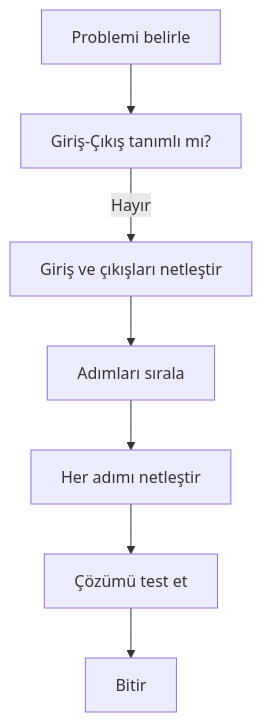
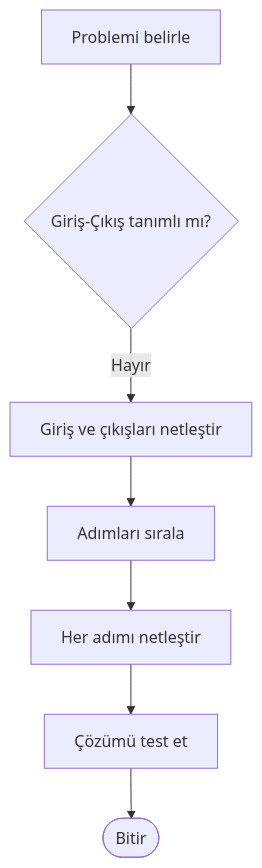
One commit to abdullatifkaban/Algorithm changed the third of 6 diagrams in Topics/01-What-Is-Algorithm.md. Above: the diagram before and after it, drawn with Mermaid. The commit also changed other lines of this file and 23 other files, not shown here.

````diff
--- a/Topics/01-What-Is-Algorithm.md
+++ b/Topics/01-What-Is-Algorithm.md
@@ -173,9 +124,9 @@
 ```mermaid
 flowchart TD
-    A[Problemi belirle] --> B[Giriş-Çıkış tanımlı mı?]
+    A[Problemi belirle] --> B{Giriş-Çıkış tanımlı mı?}
     B -->|Hayır| C[Giriş ve çıkışları netleştir]
     C --> D[Adımları sırala]
     D --> E[Her adımı netleştir]
     E --> F[Çözümü test et]
-    F --> G[Bitir]
+    F --> G([Bitir])
 ```
````
